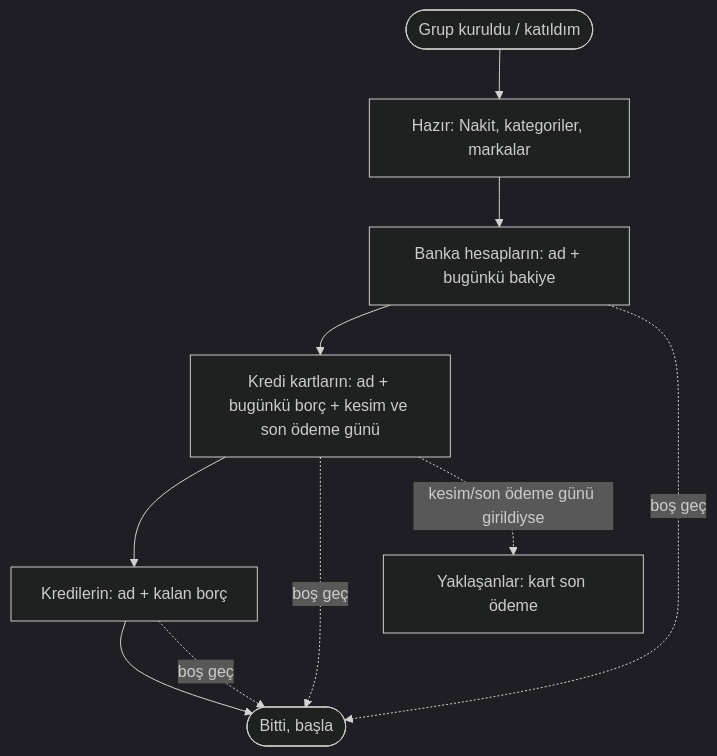
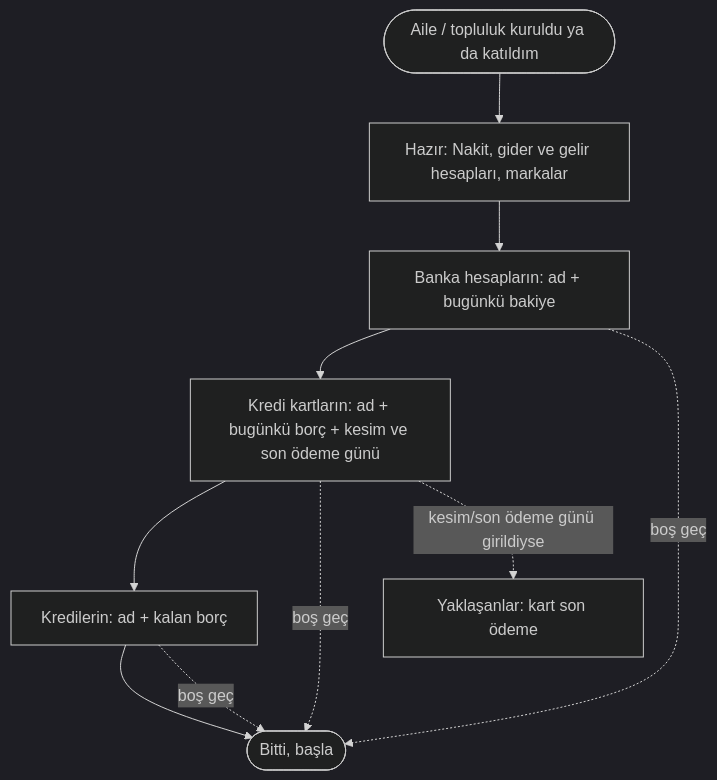
One commit to akderelianil/aa-finance changed the diagram in docs/ux/akislar/AKS-019-baslangic.md. Above: the diagram before and after it, drawn with Mermaid (dark theme). The commit also changed other lines of this file and 18 other files, not shown here.

````diff
--- a/docs/ux/akislar/AKS-019-baslangic.md
+++ b/docs/ux/akislar/AKS-019-baslangic.md
@@ -18,10 +18,10 @@
 ```mermaid
 flowchart TD
-  A([Grup kuruldu / katıldım]) --> B[Hazır: Nakit, kategoriler, markalar]
+  A([Aile / topluluk kuruldu ya da katıldım]) --> B[Hazır: Nakit, gider ve gelir hesapları, markalar]
   B --> C[Banka hesapların: ad + bugünkü bakiye]
   C --> D[Kredi kartların: ad + bugünkü borç + kesim ve son ödeme günü]
   D --> E[Kredilerin: ad + kalan borç]
   E --> F([Bitti, başla])
   C & D & E -. boş geç .-> F
   D -. kesim/son ödeme günü girildiyse .-> Y[Yaklaşanlar: kart son ödeme]
 ```
````
